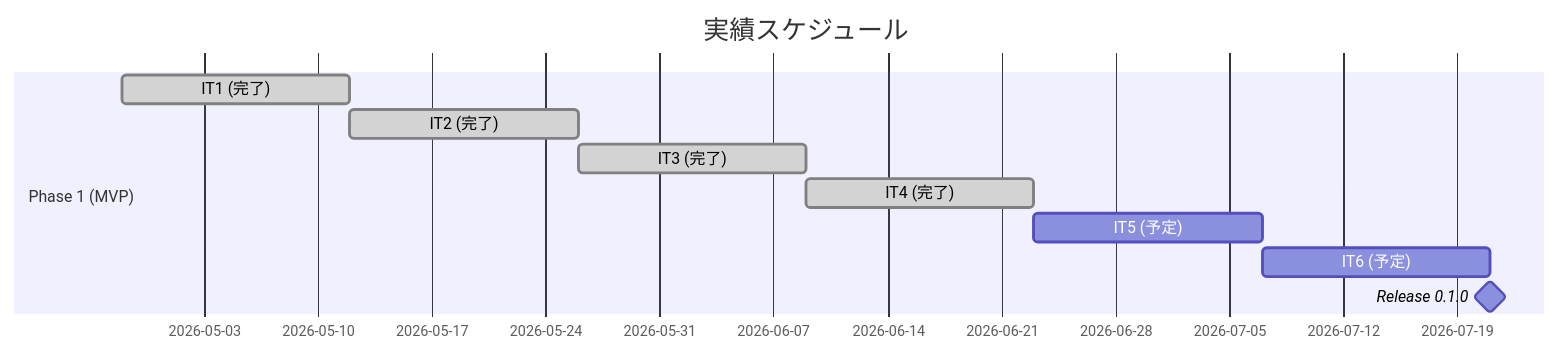
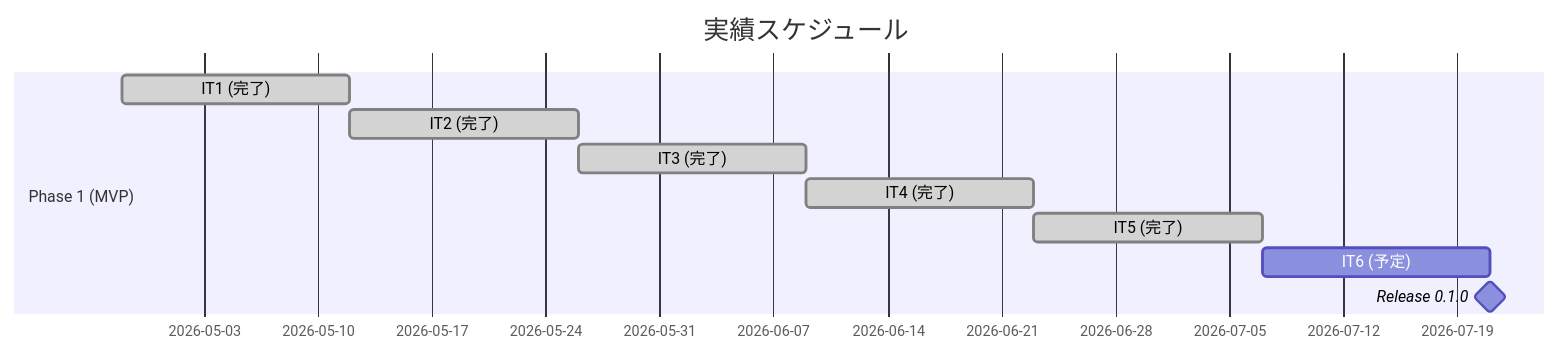
One commit to k2works/case-study-cargo-tracker changed the second of 3 diagrams in docs/development/release_plan.md. Above: the diagram before and after it, drawn with Mermaid. The commit also changed other lines of this file and 5 other files, not shown here.

````diff
--- a/docs/development/release_plan.md
+++ b/docs/development/release_plan.md
@@ -177,13 +177,13 @@
 ```mermaid
 gantt
     title 実績スケジュール
     dateFormat  YYYY-MM-DD
     section Phase 1 (MVP)
     IT1 (完了)                    :done, a1, 2026-04-28, 14d
     IT2 (完了)                    :done, a2, after a1, 14d
     IT3 (完了)                    :done, a3, after a2, 14d
     IT4 (完了)                    :done, a4, after a3, 14d
-    IT5 (予定)                    :a5, after a4, 14d
+    IT5 (完了)                    :done, a5, after a4, 14d
     IT6 (予定)                    :a6, after a5, 14d
     Release 0.1.0                 :milestone, ma1, after a6, 0d
 ```
````
